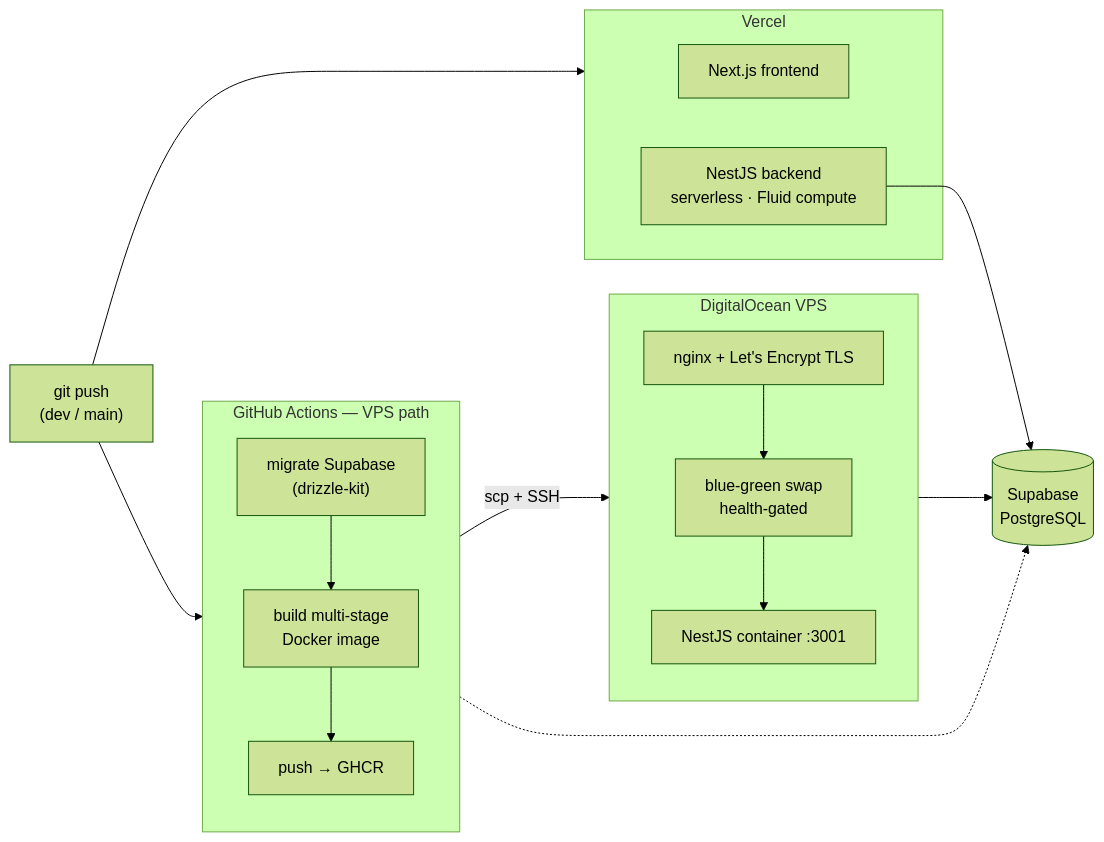
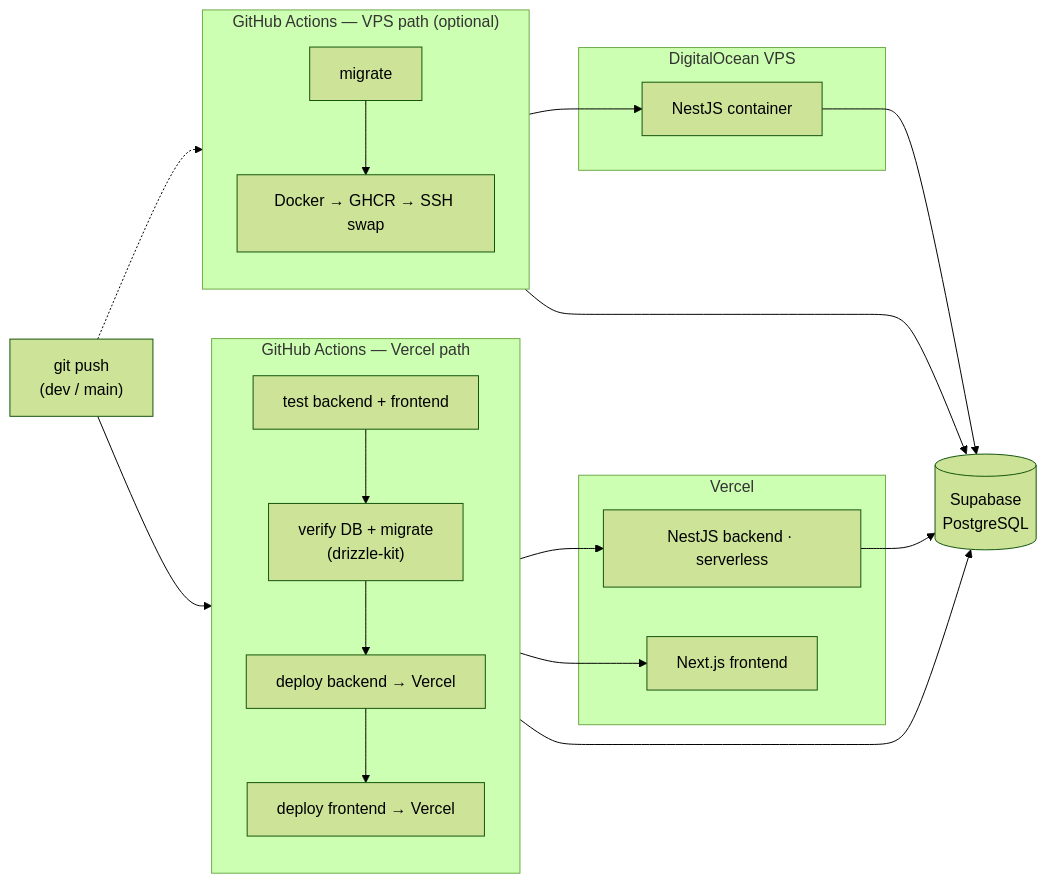
The fourth of 5 diagrams in README.md (hemants1703/AmbitiousYou), drawn with Mermaid (forest theme) before and after one commit. The commit also changed other lines of this file and 11 other files, not shown here.

First line of the commit message:
feat: Replace Render backend deploys with unified Vercel deploy pipeline

````diff
--- a/README.md
+++ b/README.md
@@ -249,34 +249,41 @@
 ```mermaid
 flowchart LR
     PUSH["git push<br/>(dev / main)"]
 
-    subgraph VERCEL["Vercel"]
-        FE["Next.js frontend"]
-        BE_SLS["NestJS backend<br/>serverless · Fluid compute"]
+    subgraph GHA_V["GitHub Actions — Vercel path"]
+        direction TB
+        TEST["test backend + frontend"]
+        MIG["verify DB + migrate<br/>(drizzle-kit)"]
+        BE["deploy backend → Vercel"]
+        FE["deploy frontend → Vercel"]
+        TEST --> MIG --> BE --> FE
     end
 
-    subgraph GHA["GitHub Actions — VPS path"]
+    subgraph GHA_VPS["GitHub Actions — VPS path (optional)"]
         direction TB
-        MIG["migrate Supabase<br/>(drizzle-kit)"]
-        BUILD["build multi-stage<br/>Docker image"]
-        GHCR["push → GHCR"]
-        MIG --> BUILD --> GHCR
+        MIG2["migrate"]
+        BUILD["Docker → GHCR → SSH swap"]
+        MIG2 --> BUILD
+    end
+
+    subgraph VERCEL["Vercel"]
+        FE_LIVE["Next.js frontend"]
+        BE_SLS["NestJS backend · serverless"]
     end
 
     subgraph VPS["DigitalOcean VPS"]
-        direction TB
-        NGINX["nginx + Let's Encrypt TLS"]
-        SWAP["blue-green swap<br/>health-gated"]
-        CTR["NestJS container :3001"]
-        NGINX --> SWAP --> CTR
+        CTR["NestJS container"]
     end
 
     SUPA[("Supabase<br/>PostgreSQL")]
 
-    PUSH --> VERCEL
-    PUSH --> GHA
-    GHCR -->|"scp + SSH"| NGINX
+    PUSH --> GHA_V
+    PUSH -.-> GHA_VPS
+    BE --> BE_SLS
+    FE --> FE_LIVE
+    BUILD --> CTR
+    MIG --> SUPA
+    MIG2 --> SUPA
+    BE_SLS --> SUPA
     CTR --> SUPA
-    BE_SLS --> SUPA
-    MIG -.-> SUPA
 ```
````
